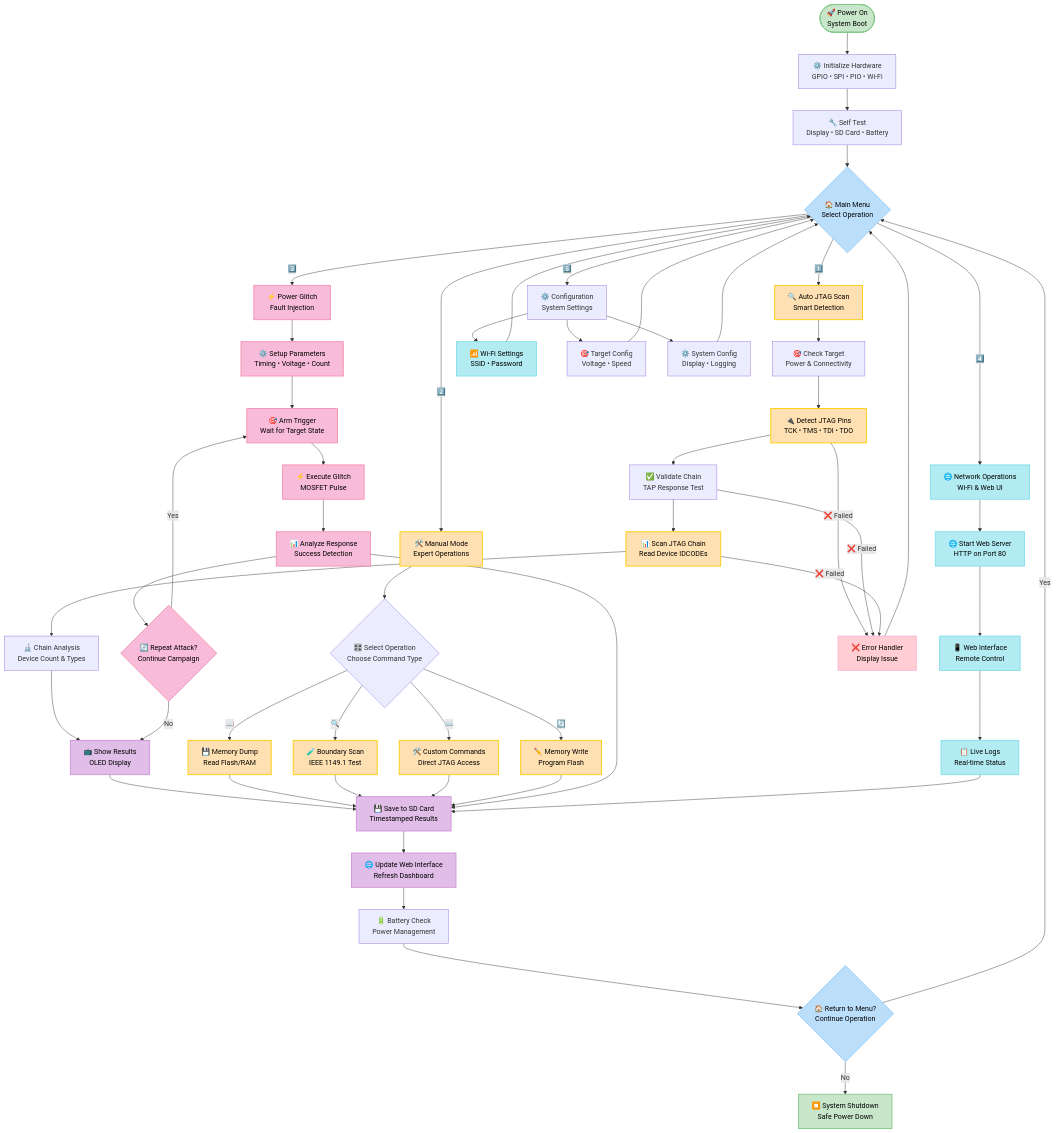
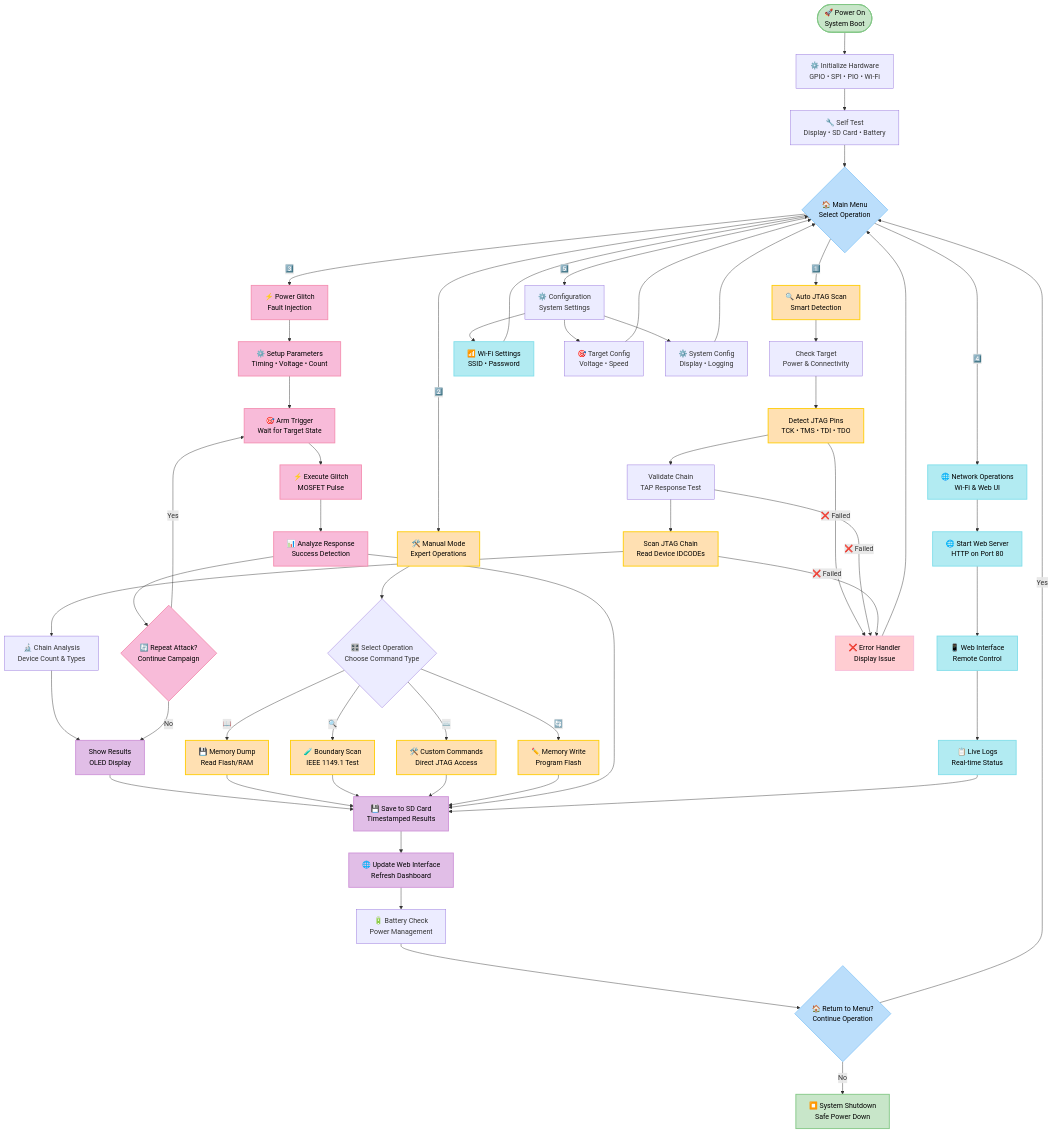
Before and after one commit to seedon198/KISS: the fourth of 10 diagrams in README.md, drawn with Mermaid. The commit also changed other lines of this file, not shown here.

First line of the commit message:
docs: Convert Local Interface Navigation to sequence diagram format

```diff
--- a/README.md
+++ b/README.md
@@ -312,12 +312,12 @@
     Menu -->|5️⃣| Settings[⚙️ Configuration<br/>System Settings]
     
     %% Auto Scan Flow
-    AutoScan --> CheckTarget[🎯 Check Target<br/>Power & Connectivity]
-    CheckTarget --> PinDetect[🔌 Detect JTAG Pins<br/>TCK • TMS • TDI • TDO]
-    PinDetect --> ValidateChain[✅ Validate Chain<br/>TAP Response Test]
-    ValidateChain --> ScanDevices[📊 Scan JTAG Chain<br/>Read Device IDCODEs]
+    AutoScan --> CheckTarget[Check Target<br/>Power & Connectivity]
+    CheckTarget --> PinDetect[Detect JTAG Pins<br/>TCK • TMS • TDI • TDO]
+    PinDetect --> ValidateChain[Validate Chain<br/>TAP Response Test]
+    ValidateChain --> ScanDevices[Scan JTAG Chain<br/>Read Device IDCODEs]
     ScanDevices --> ChainAnalysis[🔬 Chain Analysis<br/>Device Count & Types]
-    ChainAnalysis --> DisplayResults[📺 Show Results<br/>OLED Display]
+    ChainAnalysis --> DisplayResults[Show Results<br/>OLED Display]
     
     %% Manual Mode Flow
     Manual --> SelectOp{🎛️ Select Operation<br/>Choose Command Type}
```
